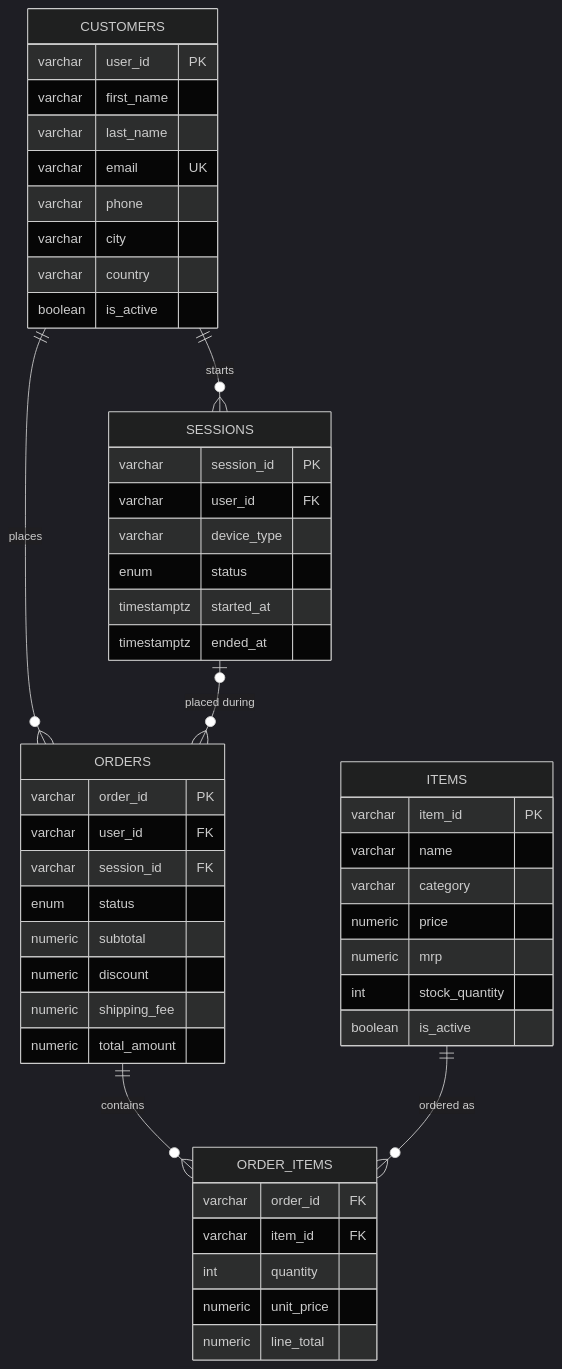
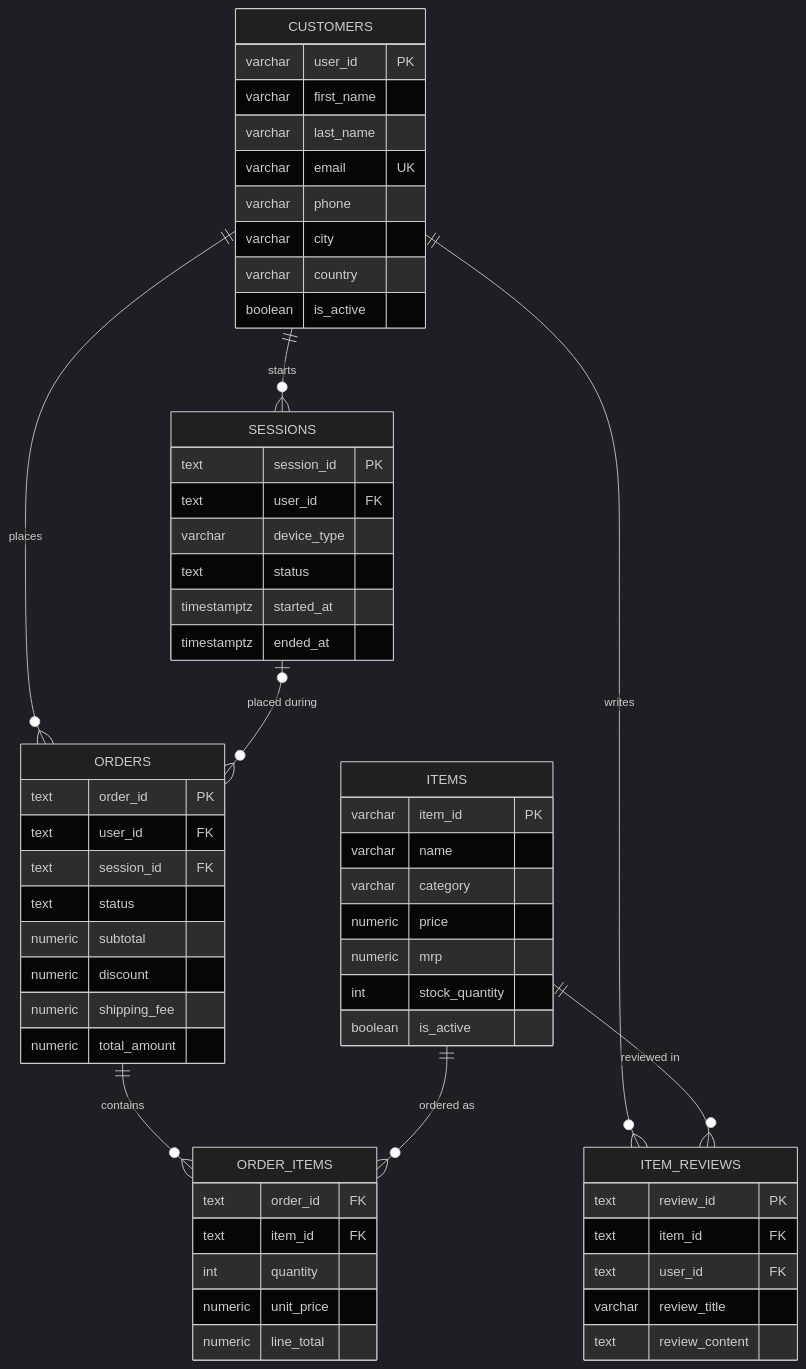
One commit to bookbee/shopassist-database changed the diagram in README.md. Above: the diagram before and after it, drawn with Mermaid (dark theme). The commit also changed other lines of this file and 11 other files, not shown here.

````diff
--- a/README.md
+++ b/README.md
@@ -121,53 +135,62 @@
 ```mermaid
 erDiagram
     CUSTOMERS ||--o{ SESSIONS : starts
     CUSTOMERS ||--o{ ORDERS : places
+    CUSTOMERS ||--o{ ITEM_REVIEWS : writes
+    ITEMS ||--o{ ITEM_REVIEWS : "reviewed in"
     SESSIONS |o--o{ ORDERS : "placed during"
     ORDERS ||--o{ ORDER_ITEMS : contains
     ITEMS ||--o{ ORDER_ITEMS : "ordered as"
 
     CUSTOMERS {
         varchar user_id PK
         varchar first_name
         varchar last_name
         varchar email UK
         varchar phone
         varchar city
         varchar country
         boolean is_active
     }
     ITEMS {
         varchar item_id PK
         varchar name
         varchar category
         numeric price
         numeric mrp
         int stock_quantity
         boolean is_active
     }
+    ITEM_REVIEWS {
+        text review_id PK
+        text item_id FK
+        text user_id FK
+        varchar review_title
+        text review_content
+    }
     SESSIONS {
-        varchar session_id PK
-        varchar user_id FK
+        text session_id PK
+        text user_id FK
         varchar device_type
-        enum status
+        text status
         timestamptz started_at
         timestamptz ended_at
     }
     ORDERS {
-        varchar order_id PK
-        varchar user_id FK
-        varchar session_id FK
-        enum status
+        text order_id PK
+        text user_id FK
+        text session_id FK
+        text status
         numeric subtotal
         numeric discount
         numeric shipping_fee
         numeric total_amount
     }
     ORDER_ITEMS {
-        varchar order_id FK
-        varchar item_id FK
+        text order_id FK
+        text item_id FK
         int quantity
         numeric unit_price
         numeric line_total
     }
 ```
````
